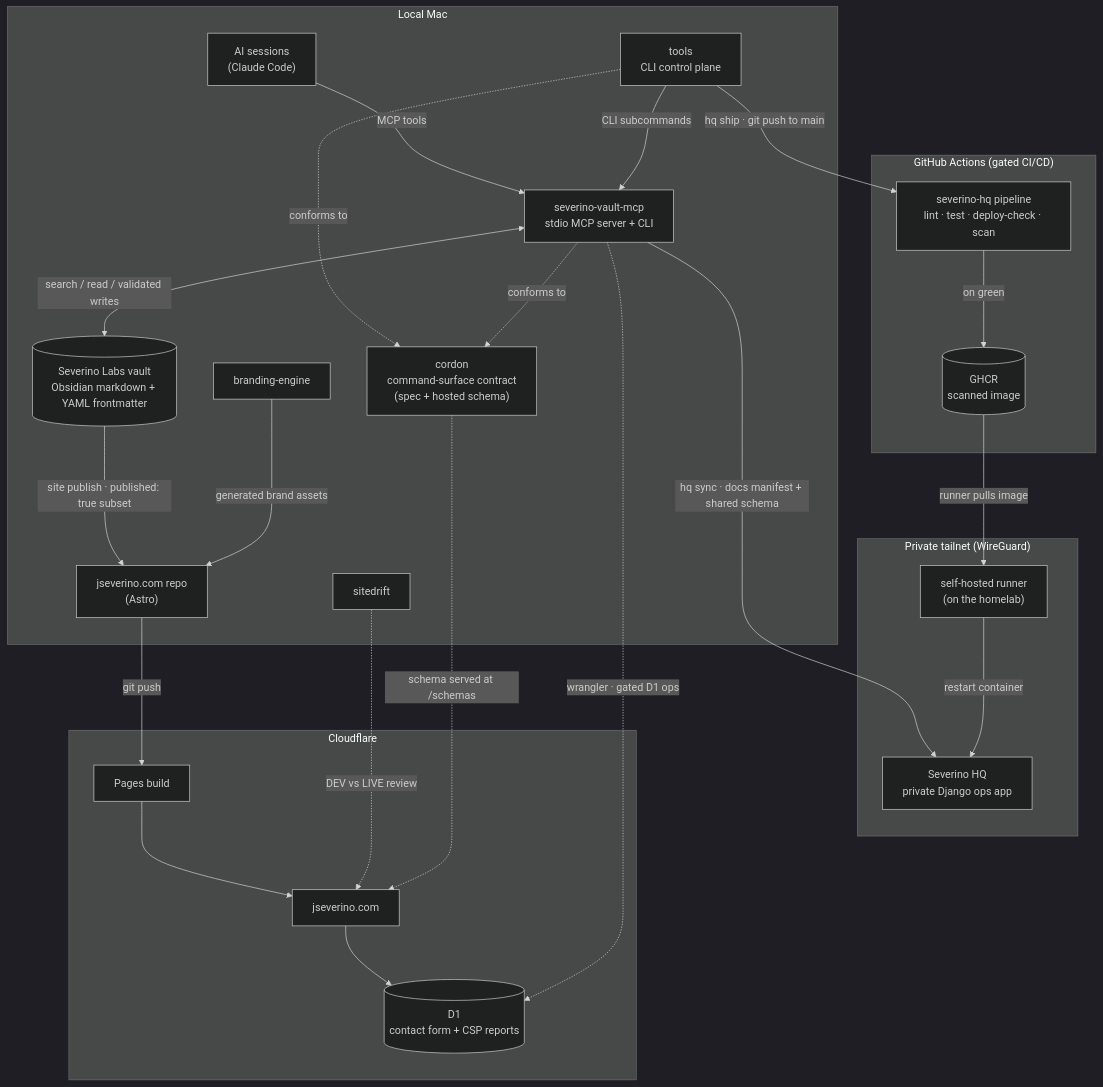
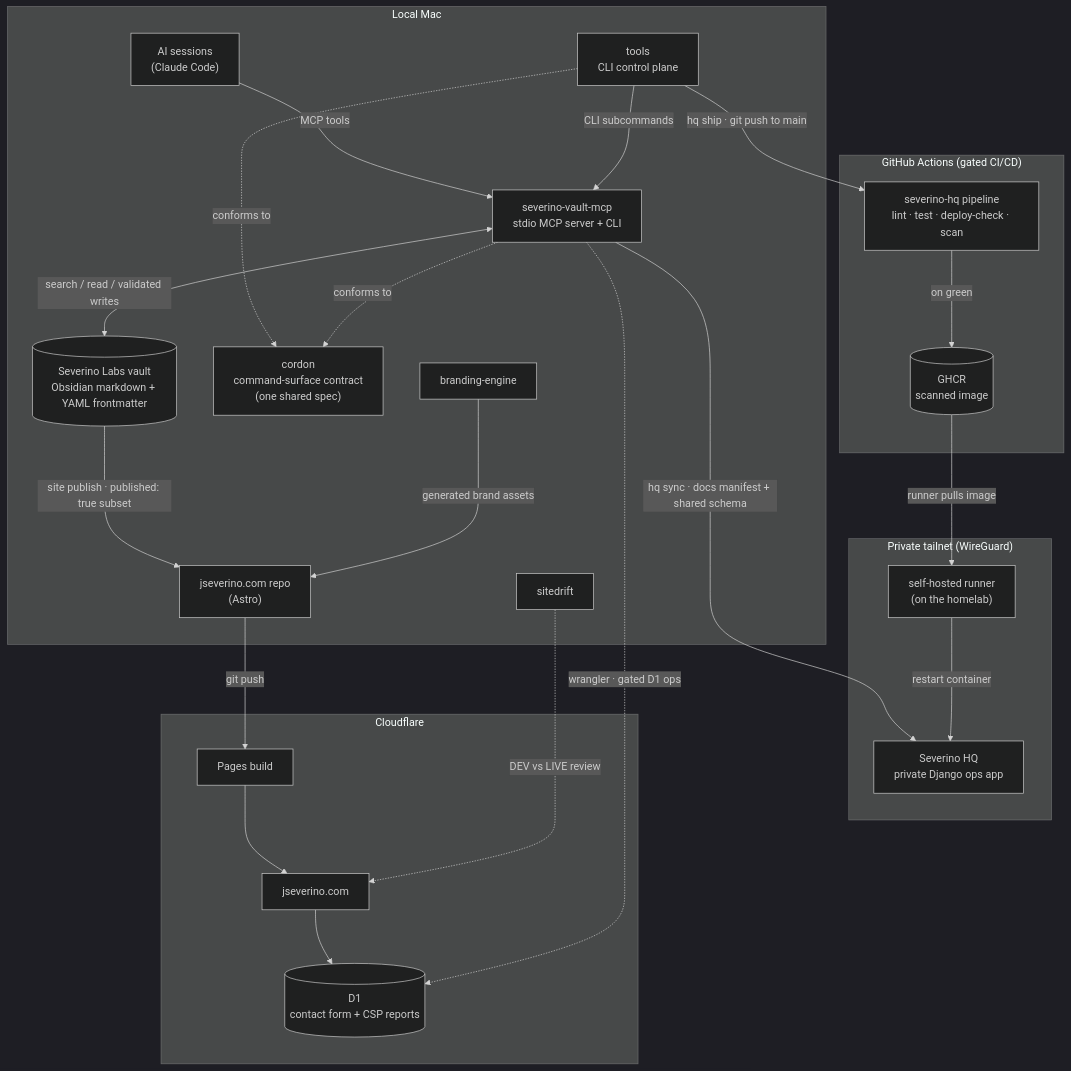
Before and after one commit to joeseverino/joeseverino: the diagram in diagrams/architecture.mmd, drawn with Mermaid (dark theme). The commit also changed 2 other files, not shown here.

Commit message:
docs: clarify cordon's role in the system map (#4)
Drop the cordon->site 'schema served' edge (it read as if cordon's job were
publishing a schema) and relabel the node 'one shared spec'. Cordon now reads
plainly as the contract both emitters conform to; hosting stays a prose detail.

```diff
--- a/diagrams/architecture.mmd
+++ b/diagrams/architecture.mmd
@@ -1,47 +1,46 @@
 %%{init: {'flowchart': {'rankSpacing': 80, 'nodeSpacing': 55}}}%%
 flowchart TB
     subgraph mac["Local Mac"]
         vault[("Severino Labs vault<br/>Obsidian markdown + YAML frontmatter")]
         mcp["severino-vault-mcp<br/>stdio MCP server + CLI"]
         ai["AI sessions<br/>(Claude Code)"]
         tools["tools<br/>CLI control plane"]
-        cordon["cordon<br/>command-surface contract<br/>(spec + hosted schema)"]
+        cordon["cordon<br/>command-surface contract<br/>(one shared spec)"]
         siterepo["jseverino.com repo<br/>(Astro)"]
         brand["branding-engine"]
         drift["sitedrift"]
     end
 
     subgraph gh["GitHub Actions (gated CI/CD)"]
         ci["severino-hq pipeline<br/>lint · test · deploy-check · scan"]
         ghcr[("GHCR<br/>scanned image")]
     end
 
     subgraph tailnet["Private tailnet (WireGuard)"]
         runner["self-hosted runner<br/>(on the homelab)"]
         hq["Severino HQ<br/>private Django ops app"]
     end
 
     subgraph cf["Cloudflare"]
         pages["Pages build"]
         site["jseverino.com"]
         d1[("D1<br/>contact form + CSP reports")]
     end
 
     ai -->|"MCP tools"| mcp
     tools -->|"CLI subcommands"| mcp
     mcp <-->|"search / read / validated writes"| vault
     mcp -->|"hq sync · docs manifest + shared schema"| hq
     tools -->|"hq ship · git push to main"| ci
     ci -->|"on green"| ghcr
     ghcr -->|"runner pulls image"| runner
     runner -->|"restart container"| hq
     vault -->|"site publish · published: true subset"| siterepo
     brand -->|"generated brand assets"| siterepo
     siterepo -->|"git push"| pages
     pages --> site
     site --> d1
     mcp -.->|"wrangler · gated D1 ops"| d1
     drift -.->|"DEV vs LIVE review"| site
     tools -.->|"conforms to"| cordon
     mcp -.->|"conforms to"| cordon
-    cordon -.->|"schema served at /schemas"| site
```
